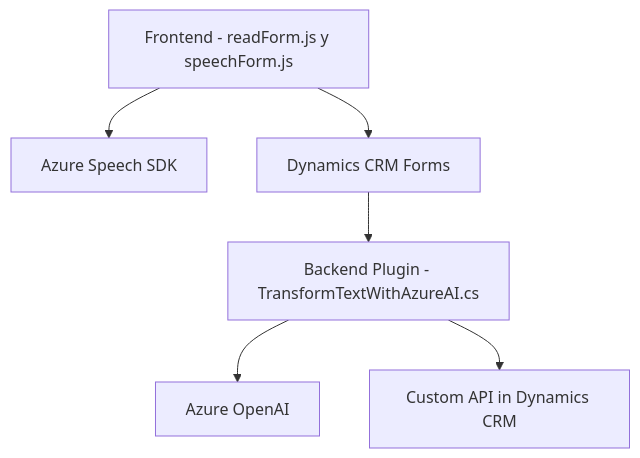
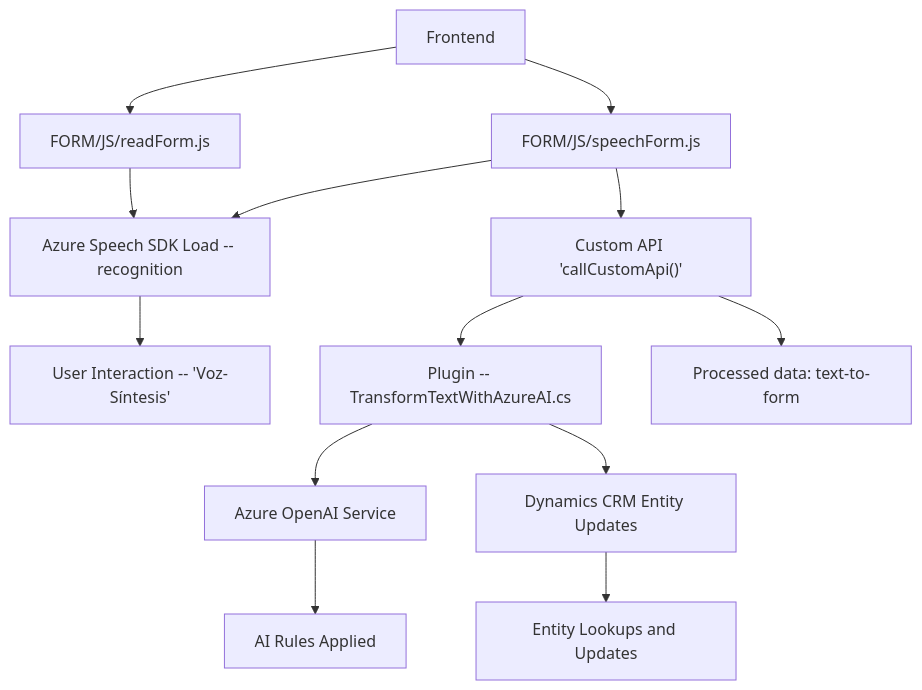
One commit to blopezdm/NETCORE_BILBAO2025 changed the diagram in README.md. Above: the diagram before and after it, drawn with Mermaid. The commit also changed other lines of this file, not shown here.

````diff
--- a/README.md
+++ b/README.md
@@ -39,15 +37,18 @@
 ```mermaid
 graph TD
-  A["Frontend - readForm.js y speechForm.js"]
-  B["Azure Speech SDK"]
-  C["Dynamics CRM Forms"]
-  D["Backend Plugin - TransformTextWithAzureAI.cs"]
-  E["Custom API in Dynamics CRM"]
-  F["Azure OpenAI"]
+    A["Frontend"] --> B["FORM/JS/readForm.js"]
+    A --> C["FORM/JS/speechForm.js"]
 
-  A --> B
-  A --> C
-  C --> D
-  D --> F
-  D --> E
+    B --> D["Azure Speech SDK Load -- synthesis"]
+    C --> D["Azure Speech SDK Load -- recognition"]
+    C --> E["Custom API 'callCustomApi()'"]
+    
+    E --> F["Plugin -- TransformTextWithAzureAI.cs"]
+    F --> G["Azure OpenAI Service"]
+    F --> H["Dynamics CRM Entity Updates"]
+
+    D --> I["User Interaction -- 'Voz-Síntesis'"]
+    E --> J["Processed data: text-to-form"]
+    G --> K["AI Rules Applied"]
+    H --> L["Entity Lookups and Updates"]
 ```
````
